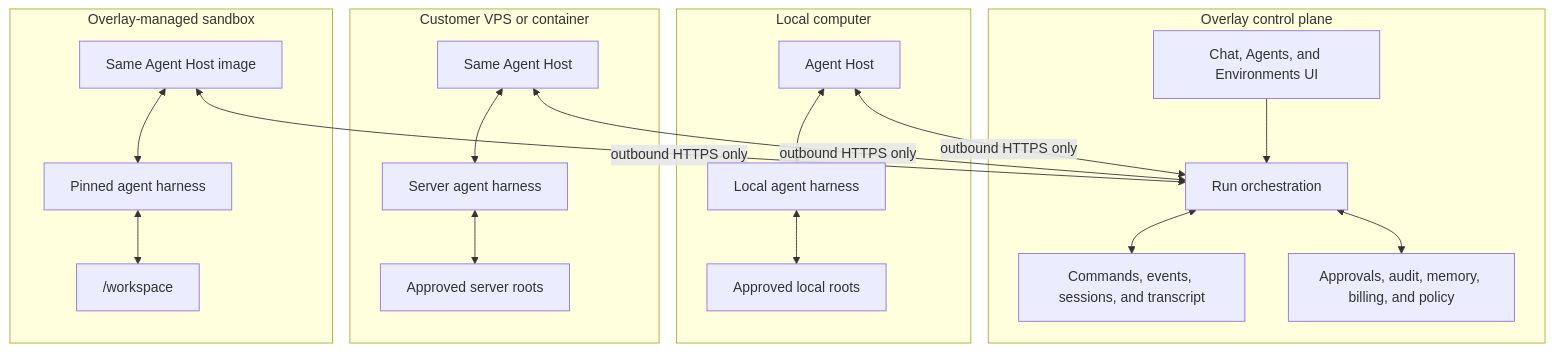
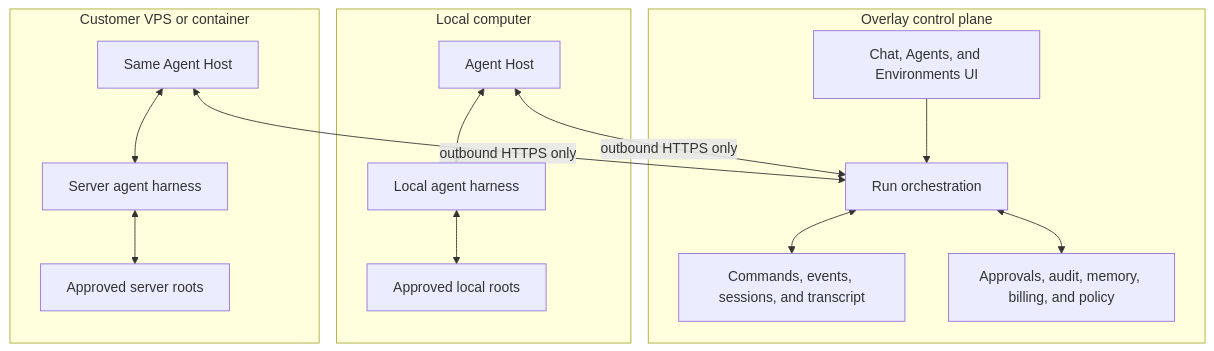
The second of 8 diagrams in internal/develop/bring-your-own-agents.md (LayerNorm/overlay-web), drawn with Mermaid before and after one commit. The commit also changed other lines of this file and 134 other files, not shown here.

````diff
--- a/internal/develop/bring-your-own-agents.md
+++ b/internal/develop/bring-your-own-agents.md
@@ -795,40 +674,31 @@
 ```mermaid
 flowchart TB
     subgraph ControlPlane["Overlay control plane"]
         Chat["Chat, Agents, and Environments UI"]
         Runs["Run orchestration"]
         State["Commands, events, sessions, and transcript"]
         Controls["Approvals, audit, memory, billing, and policy"]
         Chat --> Runs
         Runs <--> State
         Runs <--> Controls
     end
 
     subgraph Local["Local computer"]
         LocalHost["Agent Host"]
         LocalAgent["Local agent harness"]
         LocalRoots["Approved local roots"]
         LocalHost <--> LocalAgent
         LocalAgent <--> LocalRoots
     end
 
     subgraph VPS["Customer VPS or container"]
         VPSHost["Same Agent Host"]
         VPSAgent["Server agent harness"]
         VPSRoots["Approved server roots"]
         VPSHost <--> VPSAgent
         VPSAgent <--> VPSRoots
     end
 
-    subgraph Managed["Overlay-managed sandbox"]
-        ManagedHost["Same Agent Host image"]
-        ManagedAgent["Pinned agent harness"]
-        Workspace["/workspace"]
-        ManagedHost <--> ManagedAgent
-        ManagedAgent <--> Workspace
-    end
-
     LocalHost <-->|"outbound HTTPS only"| Runs
     VPSHost <-->|"outbound HTTPS only"| Runs
-    ManagedHost <-->|"outbound HTTPS only"| Runs
 ```
````
